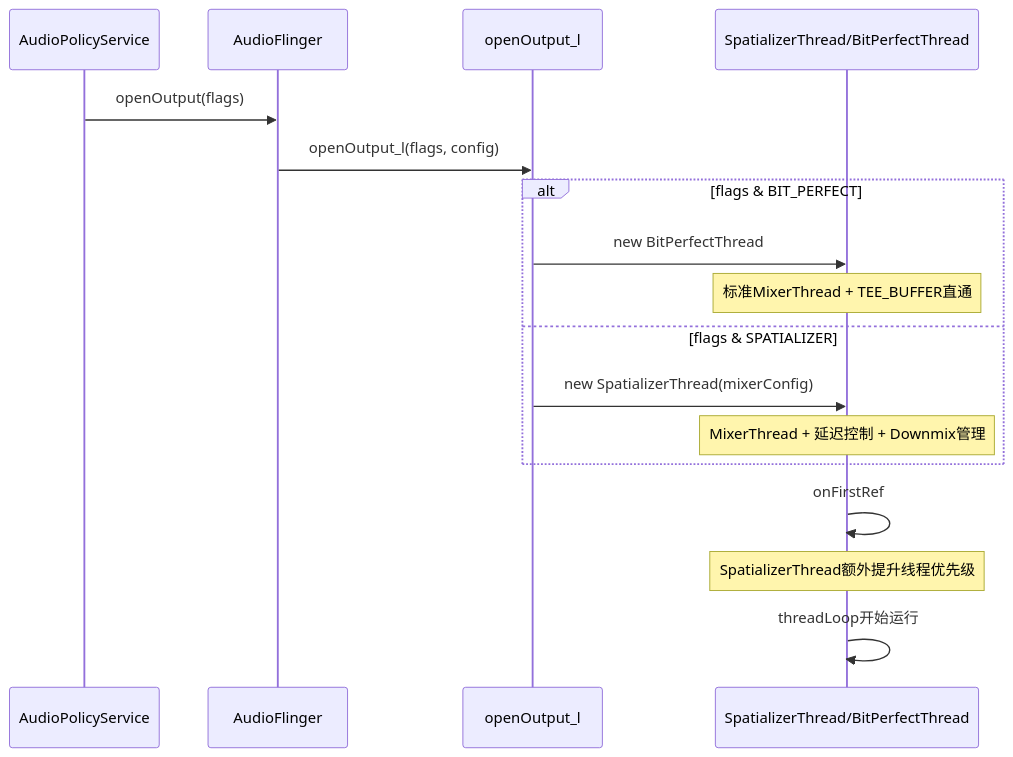
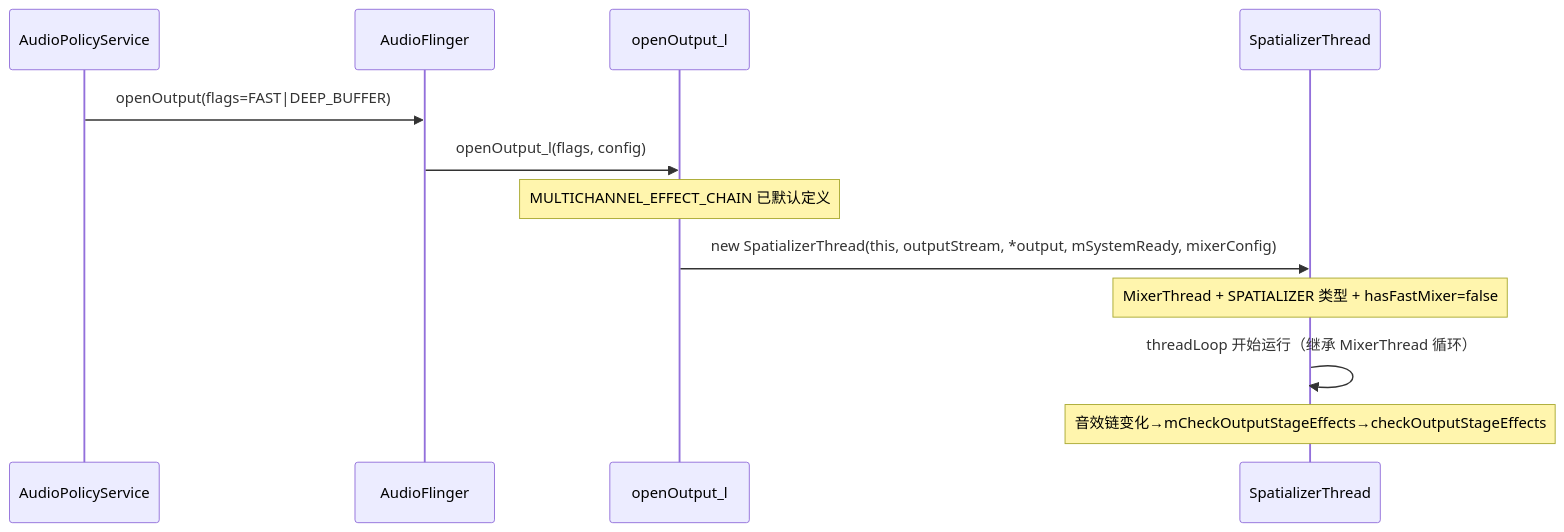
The fourth of 4 diagrams in 05_AudioFlinger/05_5.17_SpatializerThread与BitPerfectThread-特殊输出线程.md (yanglinzhen1022/SA8295_AAOS_QNX_Audio_KnowledgeBase), drawn with Mermaid before and after one commit. The commit also changed other lines of this file and 12 other files, not shown here.

````diff
--- a/05_AudioFlinger/05_5.17_SpatializerThread与BitPerfectThread-特殊输出线程.md
+++ b/05_AudioFlinger/05_5.17_SpatializerThread与BitPerfectThread-特殊输出线程.md
@@ -432,22 +215,15 @@
 ```mermaid
 sequenceDiagram
     participant APS as AudioPolicyService
     participant AF as AudioFlinger
     participant OT as openOutput_l
-    participant ST as SpatializerThread/BitPerfectThread
+    participant ST as SpatializerThread
 
-    APS->>AF: openOutput(flags)
+    APS->>AF: openOutput(flags=FAST|DEEP_BUFFER)
     AF->>OT: openOutput_l(flags, config)
-    
-    alt flags & BIT_PERFECT
-        OT->>ST: new BitPerfectThread
-        Note over ST: 标准MixerThread + TEE_BUFFER直通
-    else flags & SPATIALIZER
-        OT->>ST: new SpatializerThread(mixerConfig)
-        Note over ST: MixerThread + 延迟控制 + Downmix管理
-    end
-    
-    ST->>ST: onFirstRef
-    Note over ST: SpatializerThread额外提升线程优先级
-    ST->>ST: threadLoop开始运行
+    Note over OT: MULTICHANNEL_EFFECT_CHAIN 已默认定义
+    OT->>ST: new SpatializerThread(this, outputStream, *output, mSystemReady, mixerConfig)
+    Note over ST: MixerThread + SPATIALIZER 类型 + hasFastMixer=false
+    ST->>ST: threadLoop 开始运行（继承 MixerThread 循环）
+    Note over ST: 音效链变化→mCheckOutputStageEffects→checkOutputStageEffects
 ```
````
